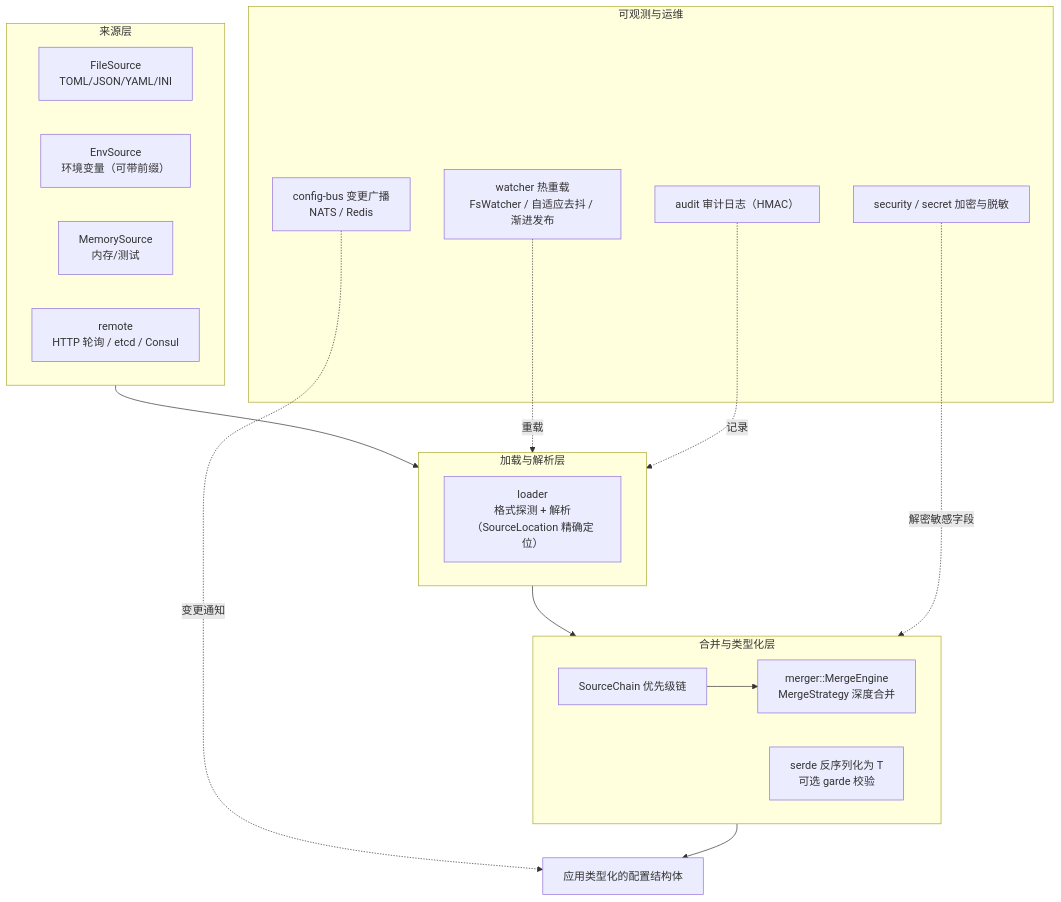
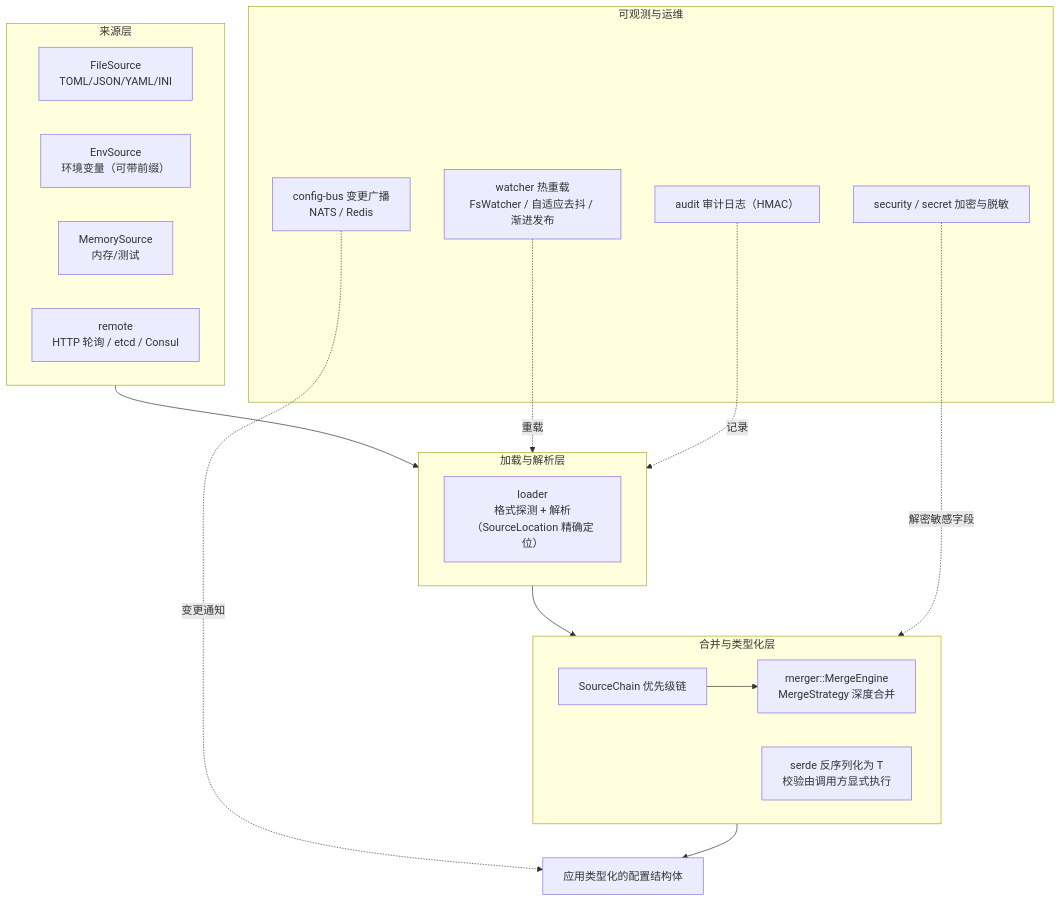
Before and after one commit to Kirky-X/confers: the first of 2 diagrams in docs/ARCHITECTURE.md, drawn with Mermaid. The commit also changed other lines of this file and 55 other files, not shown here.

````diff
--- a/docs/ARCHITECTURE.md
+++ b/docs/ARCHITECTURE.md
@@ -43,37 +43,37 @@
 ```mermaid
 graph TB
     subgraph Sources ["来源层"]
         F["FileSource<br/>TOML/JSON/YAML/INI"]
         E["EnvSource<br/>环境变量（可带前缀）"]
         M["MemorySource<br/>内存/测试"]
         R["remote<br/>HTTP 轮询 / etcd / Consul"]
     end
 
     subgraph Loader ["加载与解析层"]
         L["loader<br/>格式探测 + 解析<br/>（SourceLocation 精确定位）"]
     end
 
     subgraph Merge ["合并与类型化层"]
         MG["merger::MergeEngine<br/>MergeStrategy 深度合并"]
         SC["SourceChain 优先级链"]
-        TY["serde 反序列化为 T<br/>可选 garde 校验"]
+        TY["serde 反序列化为 T<br/>校验由调用方显式执行"]
     end
 
     subgraph Ops ["可观测与运维"]
         AU["audit 审计日志（HMAC）"]
         SEC["security / secret 加密与脱敏"]
         W["watcher 热重载<br/>FsWatcher / 自适应去抖 / 渐进发布"]
         BUS["config-bus 变更广播<br/>NATS / Redis"]
     end
 
     APP["应用类型化的配置结构体"]
 
     Sources --> Loader
     Loader --> Merge
     SC --> MG
     Merge --> APP
     W -.重载.-> Loader
     BUS -.变更通知.-> APP
     AU -.记录.-> Loader
     SEC -.解密敏感字段.-> Merge
 ```
````
